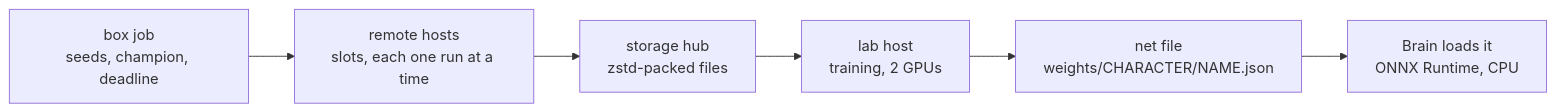
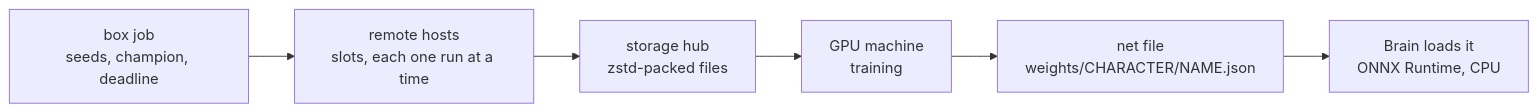
Before and after one commit to shinnku-nikaidou/spire-zero: the diagram in docs/src/content/docs/en/arch/learning/reference.mdx, drawn with Mermaid. The commit also changed other lines of this file and 5 other files, not shown here.

Commit message:
docs: compute names no training machine: a GPU machine trains, and a job's data is analysed where it is kept

````diff
--- a/docs/src/content/docs/en/arch/learning/reference.mdx
+++ b/docs/src/content/docs/en/arch/learning/reference.mdx
@@ -14,8 +14,8 @@
 ```mermaid
 flowchart LR
   S["box job<br/>seeds, champion, deadline"] --> W["remote hosts<br/>slots, each one run at a time"]
   W --> H["storage hub<br/>zstd-packed files"]
-  H --> T["lab host<br/>training, 2 GPUs"]
+  H --> T["GPU machine<br/>training"]
   T --> WT["net file<br/>weights/CHARACTER/NAME.json"]
   WT --> B["Brain loads it<br/>ONNX Runtime, CPU"]
 ```
````
